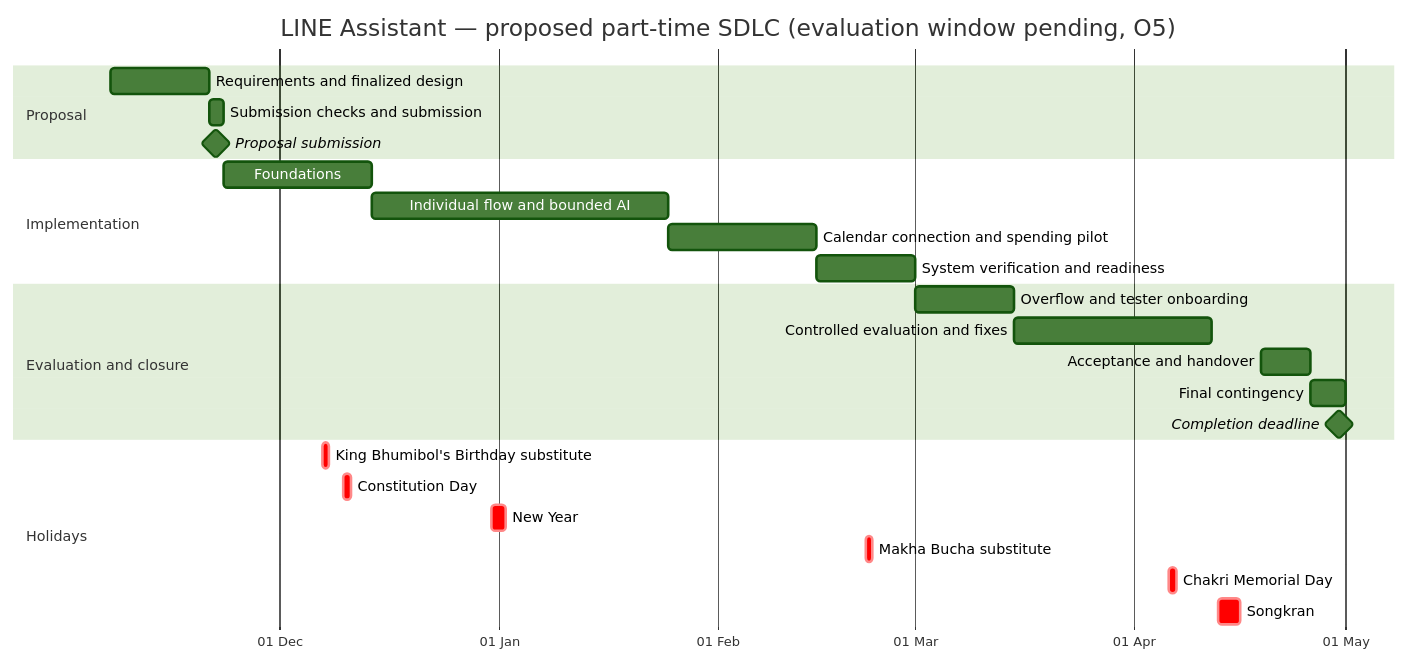
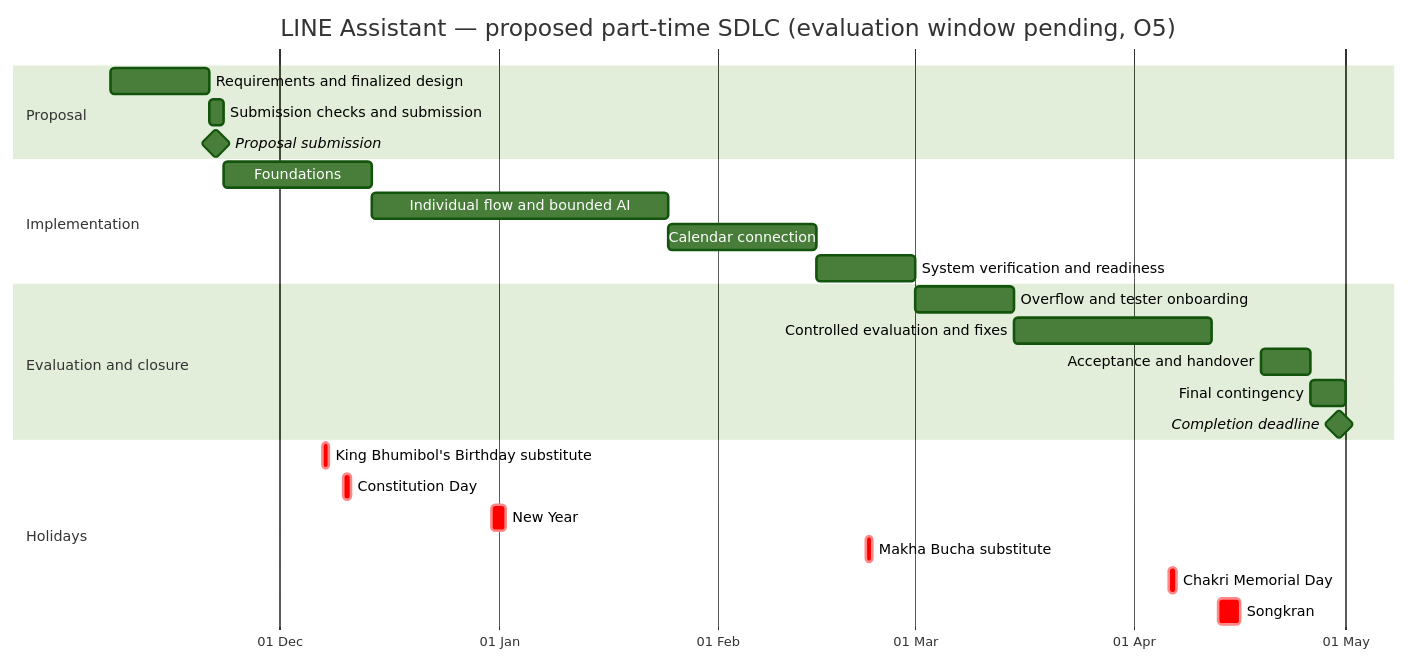
Before and after one commit to ommhungry/f-abdul: the diagram in docs/planning/timeline-and-development-phases.md, drawn with Mermaid (forest theme). The commit also changed other lines of this file and 14 other files, not shown here.

````diff
--- a/docs/planning/timeline-and-development-phases.md
+++ b/docs/planning/timeline-and-development-phases.md
@@ -188,28 +188,28 @@
 ```mermaid
 gantt
     title LINE Assistant — proposed part-time SDLC (evaluation window pending, O5)
     dateFormat YYYY-MM-DD
     axisFormat %d %b
     section Proposal
     Requirements and finalized design :p0, 2026-11-07, 2026-11-21
     Submission checks and submission :p0b, 2026-11-21, 2026-11-23
     Proposal submission :milestone, submission, 2026-11-22, 0d
     section Implementation
     Foundations :p1, 2026-11-23, 2026-12-14
     Individual flow and bounded AI :p2, 2026-12-14, 2027-01-25
-    Calendar connection and spending pilot :p3, 2027-01-25, 2027-02-15
+    Calendar connection :p3, 2027-01-25, 2027-02-15
     System verification and readiness :p4, 2027-02-15, 2027-03-01
     section Evaluation and closure
     Overflow and tester onboarding :p5a, 2027-03-01, 2027-03-15
     Controlled evaluation and fixes :p5b, 2027-03-15, 2027-04-12
     Acceptance and handover :p7, 2027-04-19, 2027-04-26
     Final contingency :p8, 2027-04-26, 2027-05-01
     Completion deadline :milestone, finish, 2027-04-30, 0d
     section Holidays
     King Bhumibol's Birthday substitute :crit, h0, 2026-12-07, 2026-12-08
     Constitution Day :crit, h0b, 2026-12-10, 2026-12-11
     New Year :crit, h1, 2026-12-31, 2027-01-02
     Makha Bucha substitute :crit, h2, 2027-02-22, 2027-02-23
     Chakri Memorial Day :crit, h2b, 2027-04-06, 2027-04-07
     Songkran :crit, h3, 2027-04-13, 2027-04-16
 ```
````
